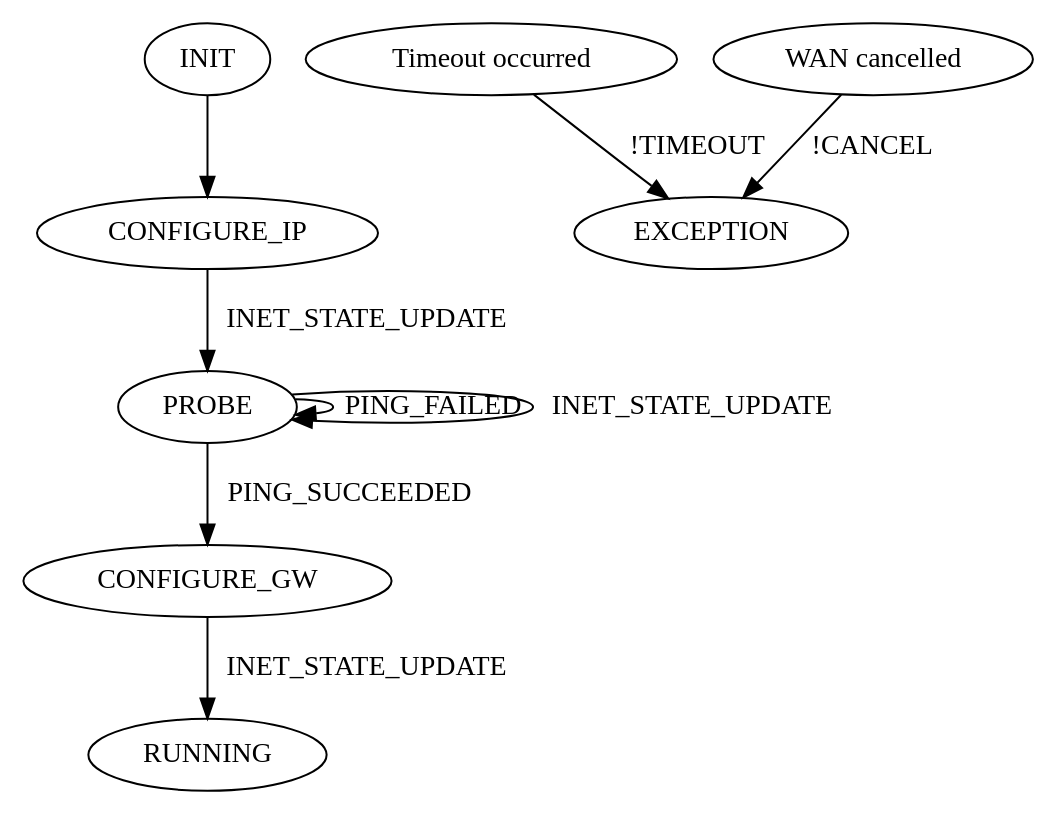
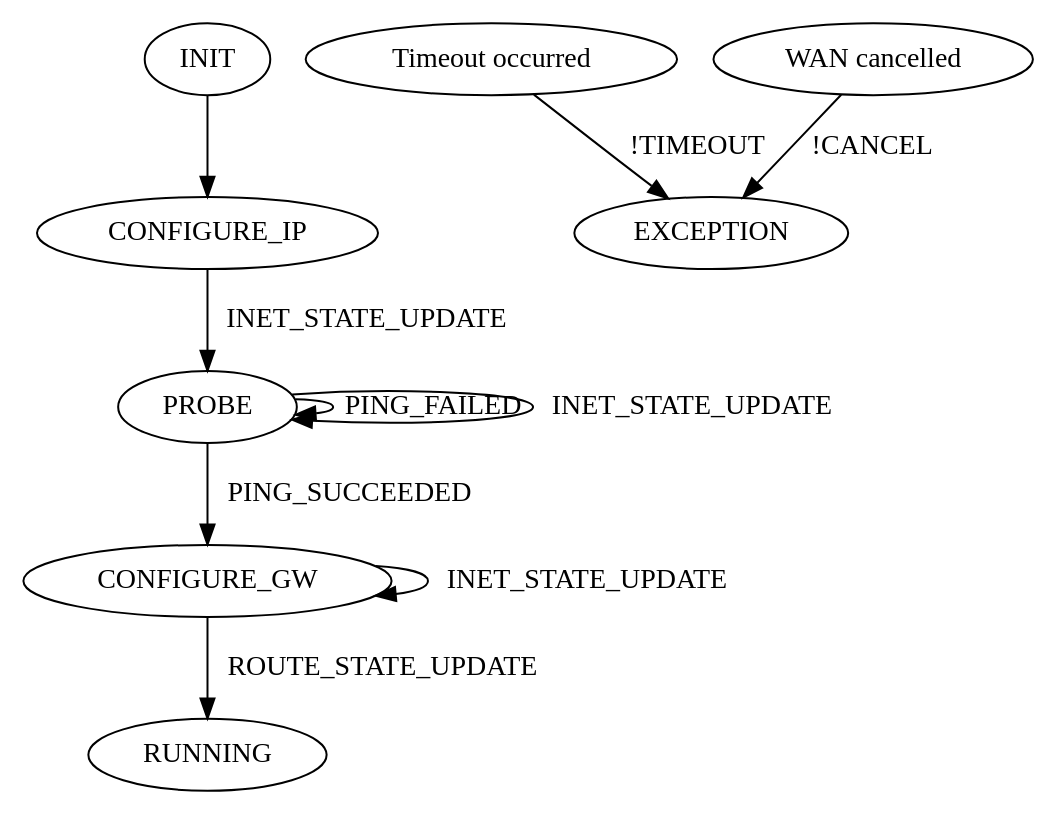
The diagram in src/wano/src/wanp_static_ipv4.dot (plume-design/opensync), drawn with Graphviz before and after one commit. The commit also changed 442 other files, not shown here.

```diff
--- a/src/wano/src/wanp_static_ipv4.dot
+++ b/src/wano/src/wanp_static_ipv4.dot
@@ -1,15 +1,16 @@
 digraph {
     INIT[init=true];
     INIT -> CONFIGURE_IP;
     CONFIGURE_IP -> PROBE [label="INET_STATE_UPDATE"];
     PROBE -> PROBE [label="PING_FAILED"];
     PROBE -> PROBE [label="INET_STATE_UPDATE"];
     PROBE -> CONFIGURE_GW [label="PING_SUCCEEDED"];
-    CONFIGURE_GW -> RUNNING [label="INET_STATE_UPDATE"];
+    CONFIGURE_GW -> CONFIGURE_GW [label="INET_STATE_UPDATE"];
+    CONFIGURE_GW -> RUNNING [label="ROUTE_STATE_UPDATE"];
 
     TIMEOUT_EX[label="Timeout occurred"];
     CANCEL_EX[label="WAN cancelled"];
 
     TIMEOUT_EX -> EXCEPTION [label="!TIMEOUT"];
     CANCEL_EX -> EXCEPTION [label="!CANCEL"];
 }
```
